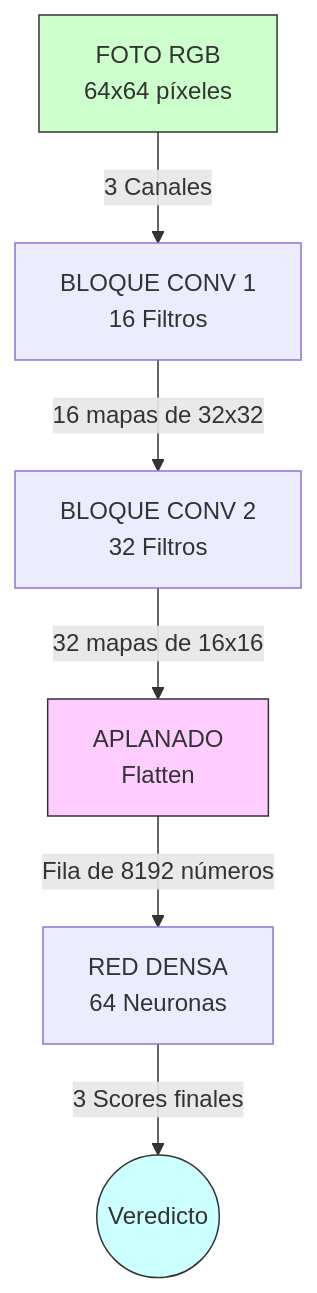
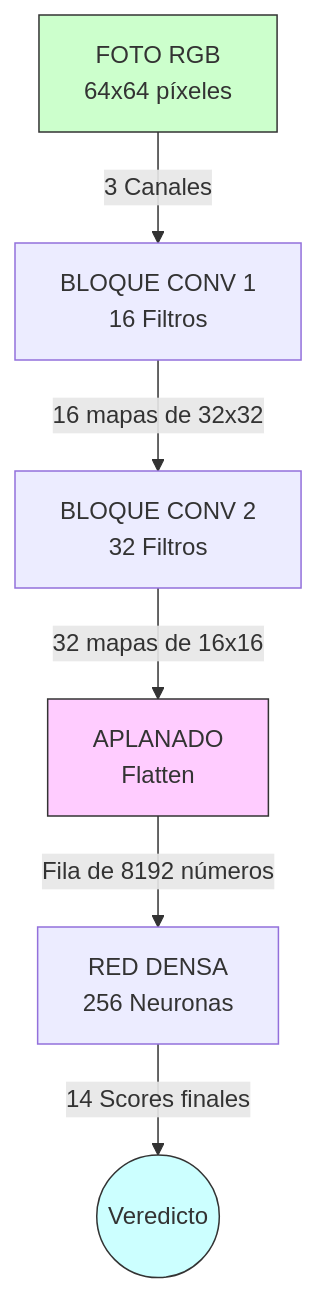
One commit to pablocortinez/orquestador-agricola-neural changed the second of 3 diagrams in docs/glosa_tecnica.md. Above: the diagram before and after it, drawn with Mermaid. The commit also changed other lines of this file, not shown here.

````diff
--- a/docs/glosa_tecnica.md
+++ b/docs/glosa_tecnica.md
@@ -197,12 +198,12 @@
 ```mermaid
 graph TD
     A[FOTO RGB <br> 64x64 píxeles] -->|3 Canales| B[BLOQUE CONV 1 <br> 16 Filtros]
     B -->|16 mapas de 32x32| C[BLOQUE CONV 2 <br> 32 Filtros]
     C -->|32 mapas de 16x16| D[APLANADO <br> Flatten]
-    D -->|Fila de 8192 números| E[RED DENSA <br> 64 Neuronas]
-    E -->|3 Scores finales| F((Veredicto))
+    D -->|Fila de 8192 números| E[RED DENSA <br> 256 Neuronas]
+    E -->|14 Scores finales| F((Veredicto))
     
     style A fill:#cfc,stroke:#333
     style D fill:#fcf,stroke:#333
     style F fill:#cff,stroke:#333
 ```
````
